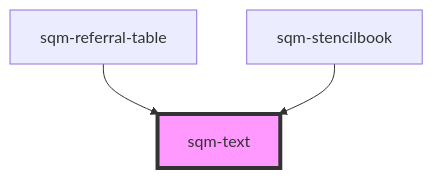
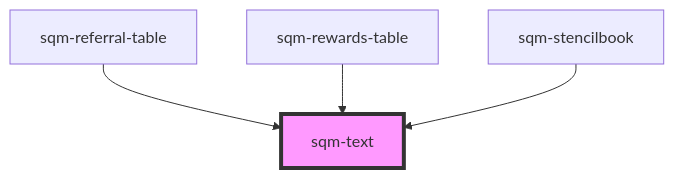
The diagram in packages/mint-components/src/components/sqm-text/readme.md (saasquatch/program-tools), drawn with Mermaid before and after one commit. The commit also changed other lines of this file and 11 other files, not shown here.

````diff
--- a/packages/mint-components/src/components/sqm-text/readme.md
+++ b/packages/mint-components/src/components/sqm-text/readme.md
@@ -16,6 +17,7 @@
 ```mermaid
 graph TD;
   sqm-referral-table --> sqm-text
+  sqm-rewards-table --> sqm-text
   sqm-stencilbook --> sqm-text
   style sqm-text fill:#f9f,stroke:#333,stroke-width:4px
 ```
````
